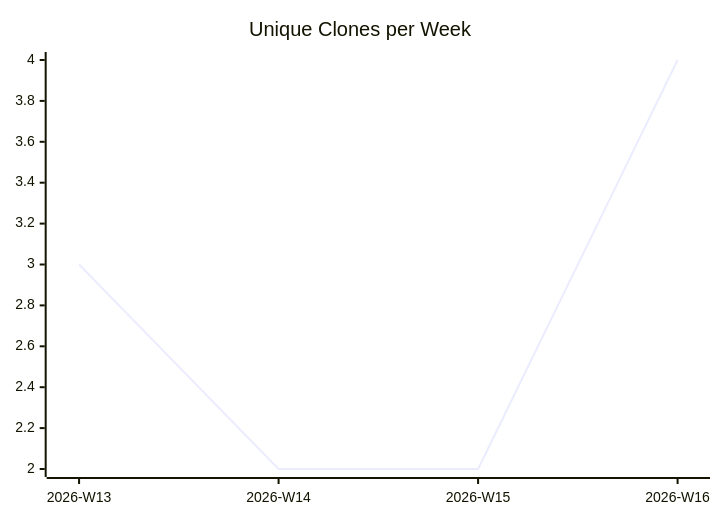
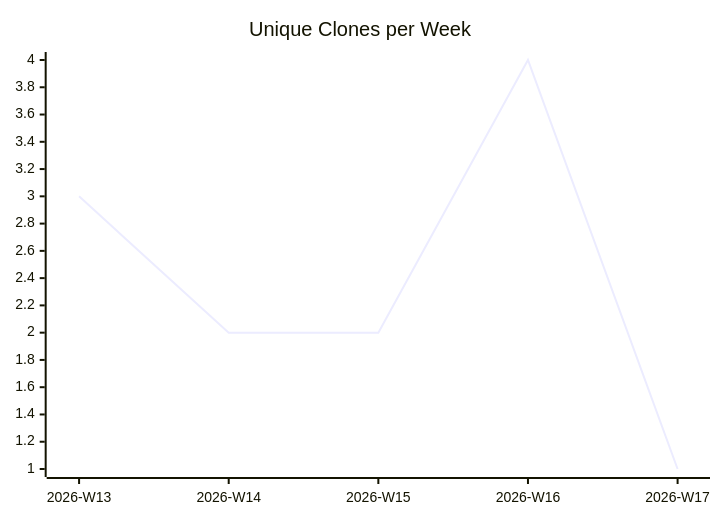
The third of 3 diagrams in karlmdavis/ansible-role-rcm-dotfiles/README.md (justdavis-family/github-analytics-data), drawn with Mermaid before and after one commit. The commit also changed other lines of this file and 192 other files, not shown here.

````diff
--- a/karlmdavis/ansible-role-rcm-dotfiles/README.md
+++ b/karlmdavis/ansible-role-rcm-dotfiles/README.md
@@ -19,6 +19,6 @@
 ```mermaid
 xychart-beta
   title "Unique Clones per Week"
-  x-axis ["2026-W13", "2026-W14", "2026-W15", "2026-W16"]
-  line [3, 2, 2, 4]
+  x-axis ["2026-W13", "2026-W14", "2026-W15", "2026-W16", "2026-W17"]
+  line [3, 2, 2, 4, 1]
 ```
````
